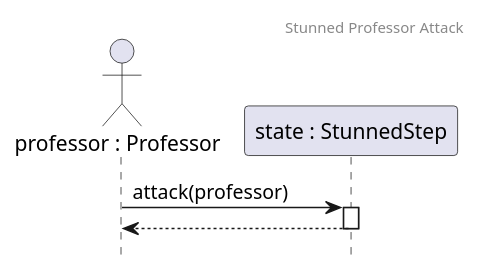
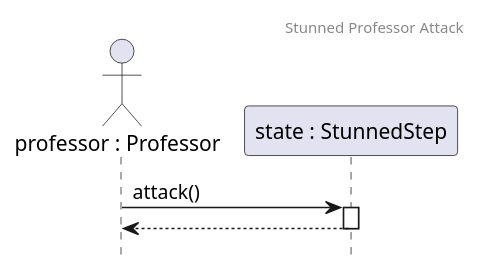
One commit to Kristof-me/Logarlec changed the diagram in docs/sequence/stunned/StunnedProfessorAttack.puml. Above: the diagram before and after it, drawn with PlantUML. The commit also changed 4 other files, not shown here.

Commit message:
Checked Sequence 25-31 Closing #92

```diff
--- a/docs/sequence/stunned/StunnedProfessorAttack.puml
+++ b/docs/sequence/stunned/StunnedProfessorAttack.puml
@@ -1,12 +1,12 @@
 @startuml StunnedProfessorAttack
 header Stunned Professor Attack
 hide footbox
 autoactivate on
 
 actor P as "professor : Professor"
 participant S as "state : StunnedStep"
 
-P -> S : attack(professor)
+P -> S : attack()
 return
 
 @enduml
```
